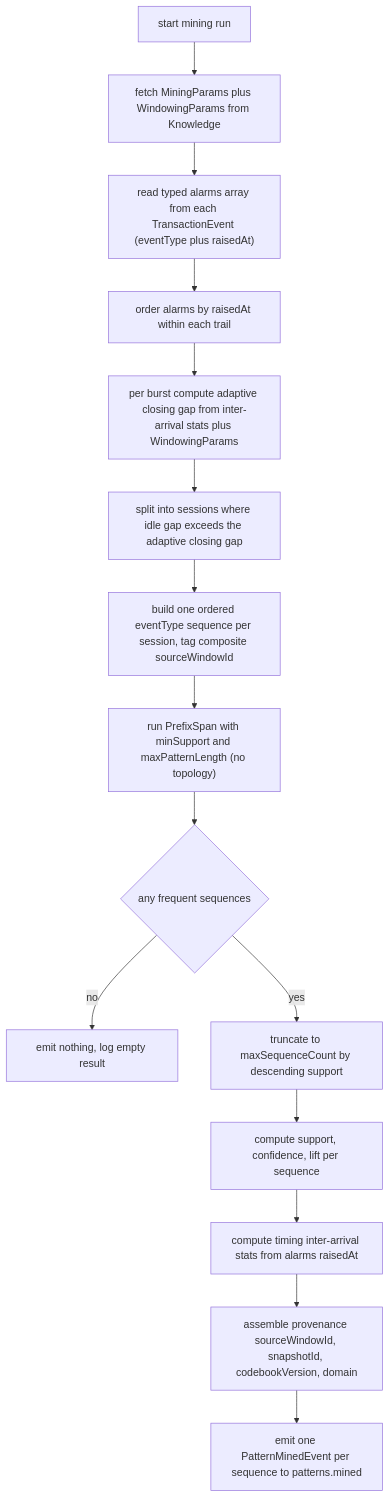
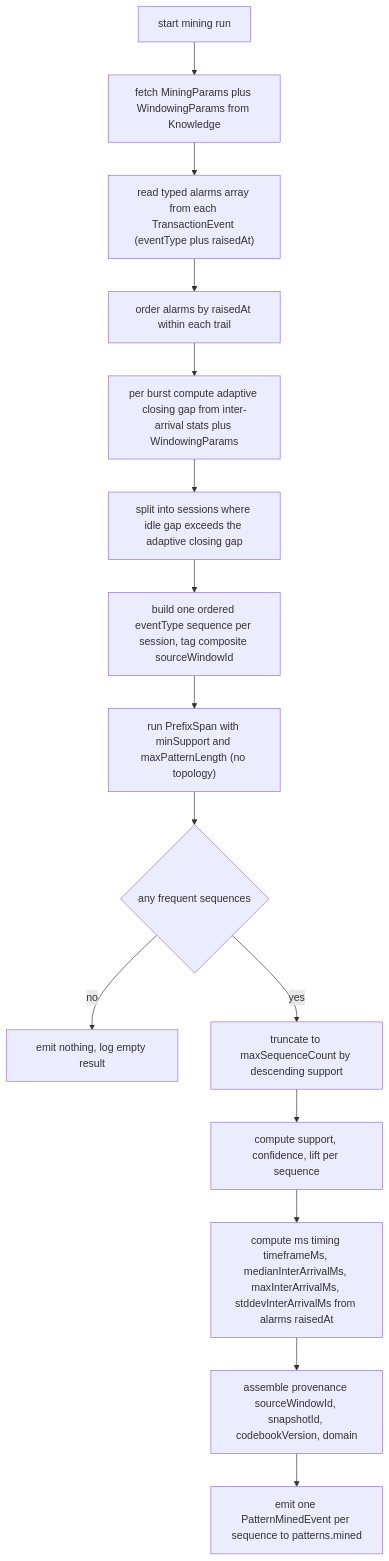
The fourth of 4 diagrams in services/pattern-miner/design.md (nikhilmohan/correlation-platform), drawn with Mermaid before and after one commit. The commit also changed other lines of this file and 17 other files, not shown here.

````diff
--- a/services/pattern-miner/design.md
+++ b/services/pattern-miner/design.md
@@ -239,17 +247,17 @@
 ```mermaid
 flowchart TD
   S["start mining run"] --> P["fetch MiningParams plus WindowingParams from Knowledge"]
   P --> READ["read typed alarms array from each TransactionEvent (eventType plus raisedAt)"]
   READ --> ORD["order alarms by raisedAt within each trail"]
   ORD --> GAP["per burst compute adaptive closing gap from inter-arrival stats plus WindowingParams"]
   GAP --> SESS["split into sessions where idle gap exceeds the adaptive closing gap"]
   SESS --> SEQ["build one ordered eventType sequence per session, tag composite sourceWindowId"]
   SEQ --> PSPAN["run PrefixSpan with minSupport and maxPatternLength (no topology)"]
   PSPAN --> FREQ{"any frequent sequences"}
   FREQ -- no --> DONE["emit nothing, log empty result"]
   FREQ -- yes --> CAP["truncate to maxSequenceCount by descending support"]
   CAP --> METR["compute support, confidence, lift per sequence"]
-  METR --> TIM["compute timing inter-arrival stats from alarms raisedAt"]
+  METR --> TIM["compute ms timing timeframeMs, medianInterArrivalMs, maxInterArrivalMs, stddevInterArrivalMs from alarms raisedAt"]
   TIM --> PROV["assemble provenance sourceWindowId, snapshotId, codebookVersion, domain"]
   PROV --> EMIT["emit one PatternMinedEvent per sequence to patterns.mined"]
 ```
````
